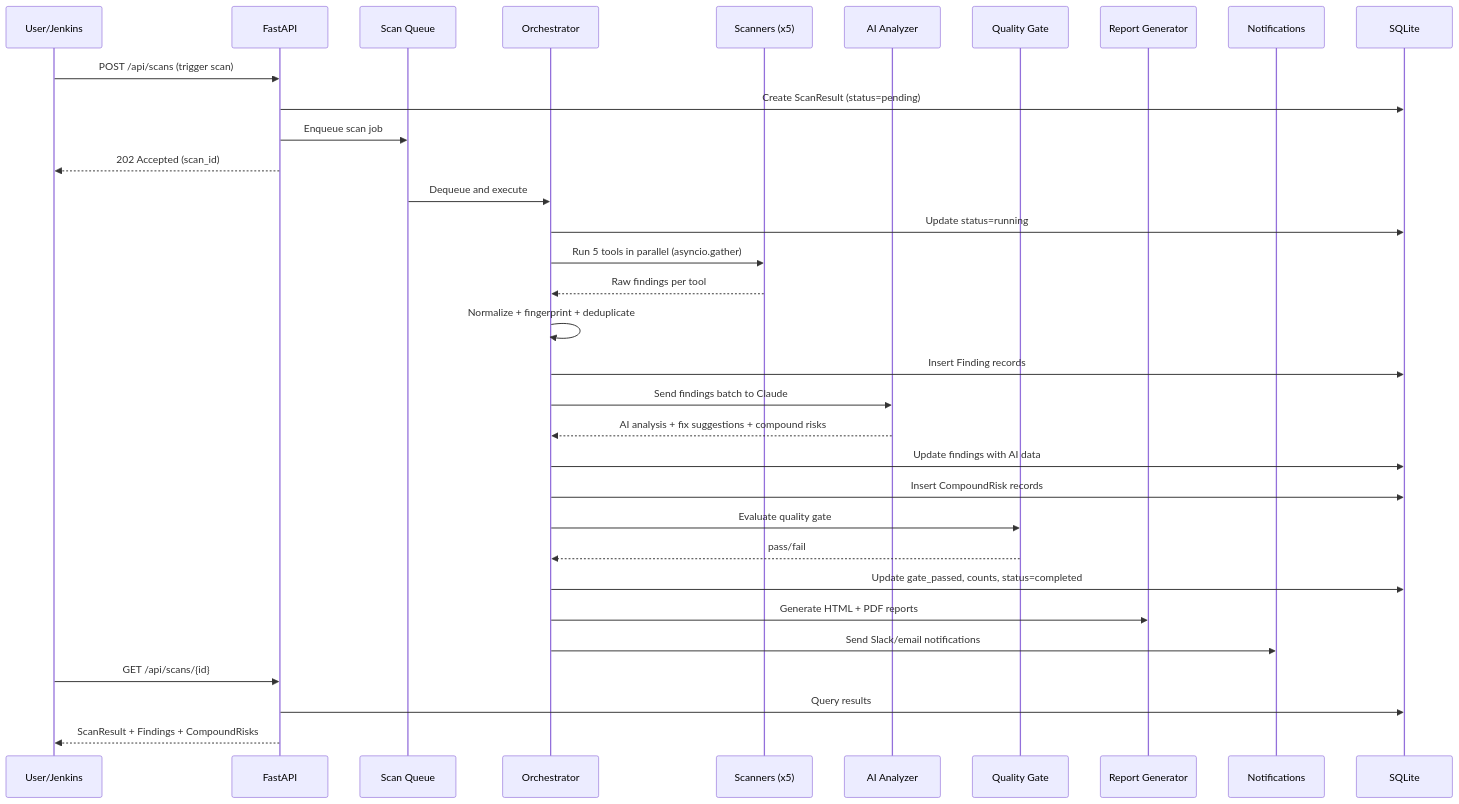
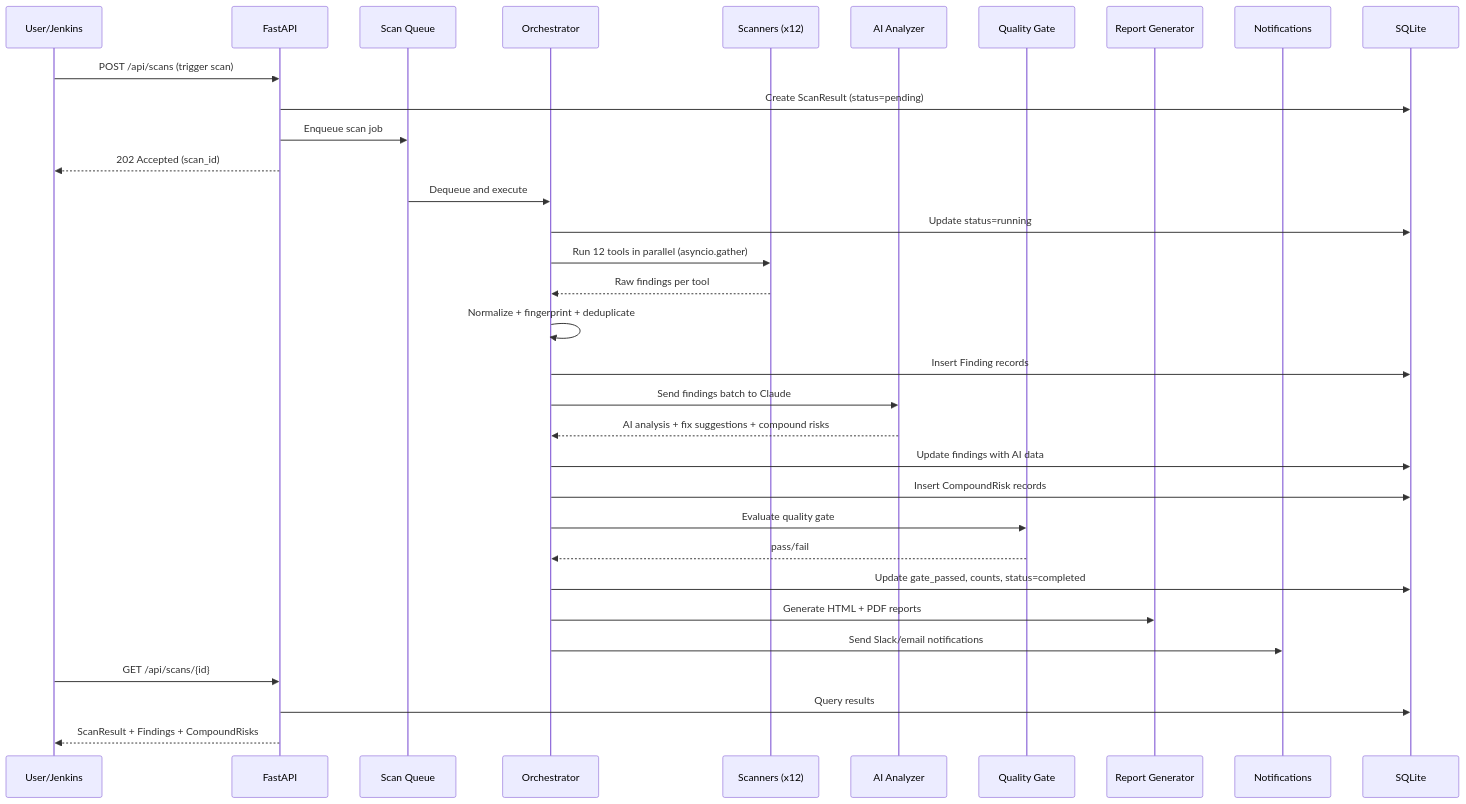
One commit to AlexTalorJr/source-code-security-ai-checker changed the second of 2 diagrams in docs/en/architecture.md. Above: the diagram before and after it, drawn with Mermaid. The commit also changed other lines of this file and 5 other files, not shown here.

First line of the commit message:
feat(10-02): update architecture, api, custom-rules, database-schema, transfer-guide, README for 12 scanners

````diff
--- a/docs/en/architecture.md
+++ b/docs/en/architecture.md
@@ -95,41 +111,41 @@
 ```mermaid
 sequenceDiagram
     participant U as User/Jenkins
     participant API as FastAPI
     participant Q as Scan Queue
     participant O as Orchestrator
-    participant S as Scanners (x5)
+    participant S as Scanners (x12)
     participant AI as AI Analyzer
     participant G as Quality Gate
     participant R as Report Generator
     participant N as Notifications
     participant DB as SQLite
 
     U->>API: POST /api/scans (trigger scan)
     API->>DB: Create ScanResult (status=pending)
     API->>Q: Enqueue scan job
     API-->>U: 202 Accepted (scan_id)
 
     Q->>O: Dequeue and execute
     O->>DB: Update status=running
-    O->>S: Run 5 tools in parallel (asyncio.gather)
+    O->>S: Run 12 tools in parallel (asyncio.gather)
     S-->>O: Raw findings per tool
     O->>O: Normalize + fingerprint + deduplicate
     O->>DB: Insert Finding records
 
     O->>AI: Send findings batch to Claude
     AI-->>O: AI analysis + fix suggestions + compound risks
     O->>DB: Update findings with AI data
     O->>DB: Insert CompoundRisk records
 
     O->>G: Evaluate quality gate
     G-->>O: pass/fail
     O->>DB: Update gate_passed, counts, status=completed
 
     O->>R: Generate HTML + PDF reports
     O->>N: Send Slack/email notifications
 
     U->>API: GET /api/scans/{id}
     API->>DB: Query results
     API-->>U: ScanResult + Findings + CompoundRisks
 ```
````
